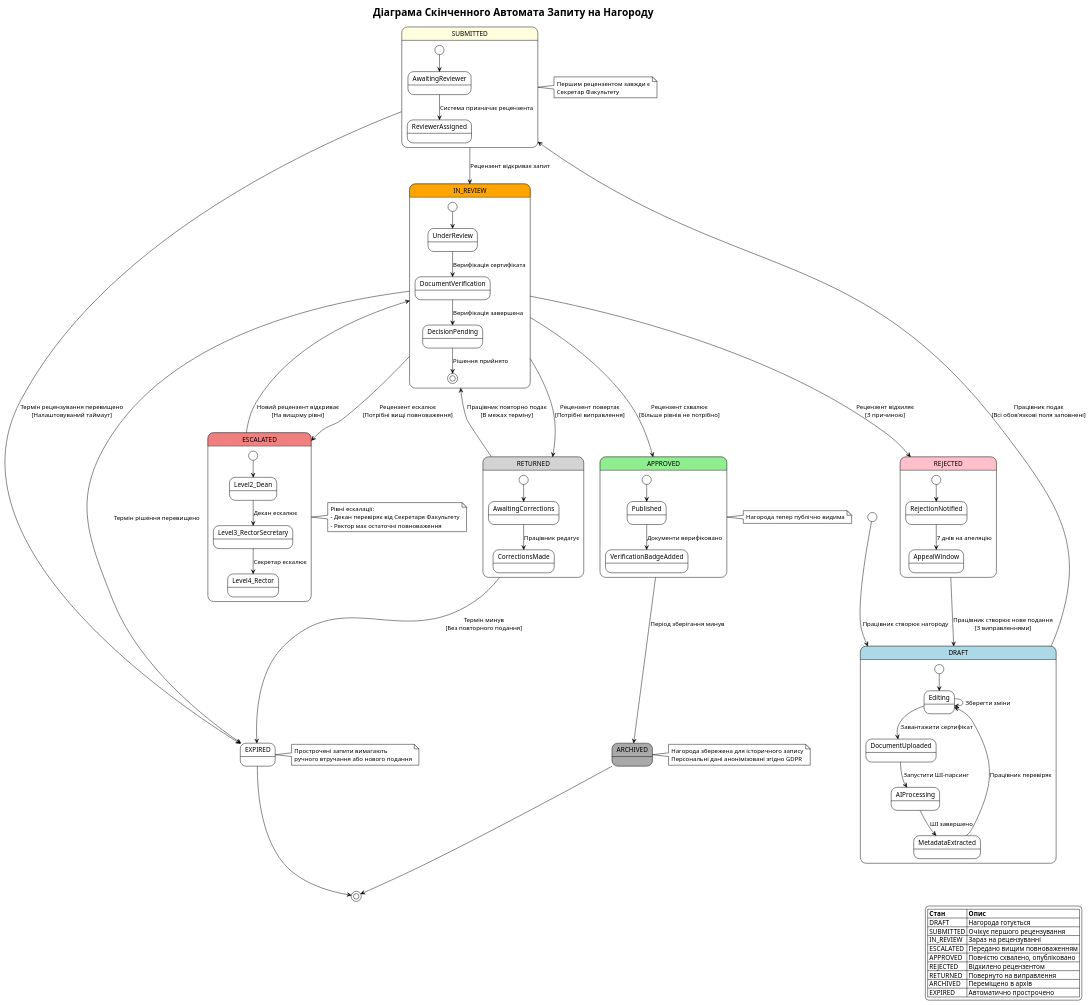
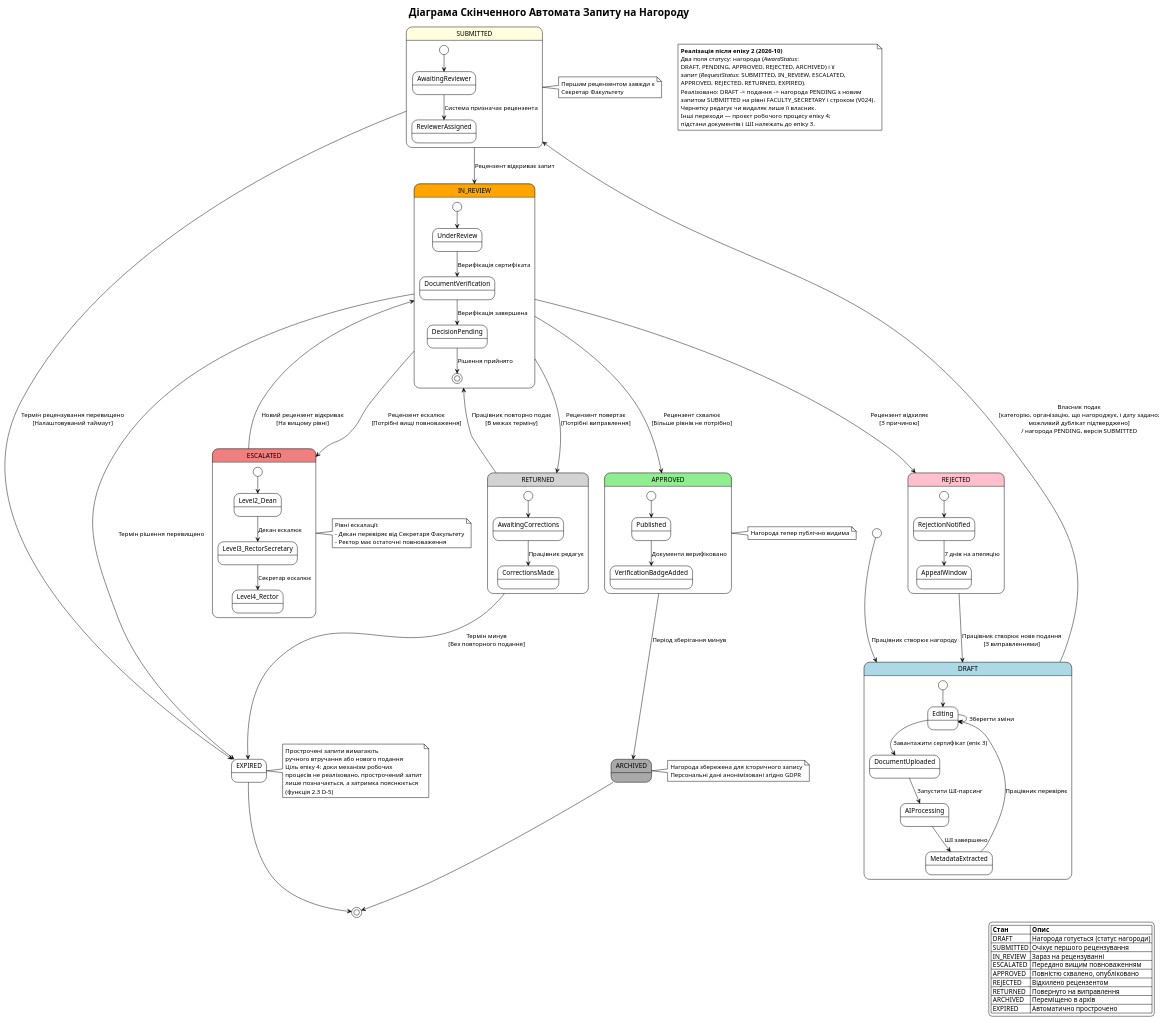
Before and after one commit to StKostyk/award-monitoring-system: the diagram in docs/ua/diagrams/uml/state-machine-award-request.puml, drawn with PlantUML. The commit also changed 34 other files, not shown here.

```diff
--- a/docs/ua/diagrams/uml/state-machine-award-request.puml
+++ b/docs/ua/diagrams/uml/state-machine-award-request.puml
@@ -1,129 +1,146 @@
 @startuml StateMachine_Award_Request_UA
 !theme plain
 skinparam state {
     BackgroundColor<<draft>> LightBlue
     BackgroundColor<<pending>> LightYellow
     BackgroundColor<<review>> Orange
     BackgroundColor<<escalated>> LightCoral
     BackgroundColor<<approved>> LightGreen
     BackgroundColor<<rejected>> Pink
     BackgroundColor<<returned>> LightGray
     BackgroundColor<<archived>> DarkGray
 }
 
 title Діаграма Скінченного Автомата Запиту на Нагороду
 
+note as AsBuilt
+    <b>Реалізація після епіку 2 (2026-10)</b>
+    Два поля статусу: нагорода (<i>AwardStatus</i>:
+    DRAFT, PENDING, APPROVED, REJECTED, ARCHIVED) і її
+    запит (<i>RequestStatus</i>: SUBMITTED, IN_REVIEW, ESCALATED,
+    APPROVED, REJECTED, RETURNED, EXPIRED).
+    Реалізовано: DRAFT -> подання -> нагорода PENDING з новим
+    запитом SUBMITTED на рівні FACULTY_SECRETARY і строком (V024).
+    Чернетку редагує чи видаляє лише її власник.
+    Інші переходи — проєкт робочого процесу епіку 4;
+    підстани документів і ШІ належать до епіку 3.
+end note
+
 [*] --> DRAFT <<draft>> : Працівник створює нагороду
 
 state DRAFT <<draft>> {
     [*] --> Editing
     Editing --> Editing : Зберегти зміни
-    Editing --> DocumentUploaded : Завантажити сертифікат
+    Editing --> DocumentUploaded : Завантажити сертифікат (епік 3)
     DocumentUploaded --> AIProcessing : Запустити ШІ-парсинг
     AIProcessing --> MetadataExtracted : ШІ завершено
     MetadataExtracted --> Editing : Працівник перевіряє
 }
 
-DRAFT --> SUBMITTED <<pending>> : Працівник подає\n[Всі обов'язкові поля заповнені]
+DRAFT --> SUBMITTED <<pending>> : Власник подає\n[категорію, організацію, що нагороджує, і дату задано;\nможливий дублікат підтверджено]\n/ нагорода PENDING, версія SUBMITTED
 
 state SUBMITTED <<pending>> {
     [*] --> AwaitingReviewer
     AwaitingReviewer --> ReviewerAssigned : Система призначає рецензента
 }
 
 note right of SUBMITTED
     Першим рецензентом завжди є
     Секретар Факультету
 end note
 
 SUBMITTED --> IN_REVIEW <<review>> : Рецензент відкриває запит
 
 state IN_REVIEW <<review>> {
     [*] --> UnderReview
     UnderReview --> DocumentVerification : Верифікація сертифіката
     DocumentVerification --> DecisionPending : Верифікація завершена
     DecisionPending --> [*] : Рішення прийнято
 }
 
 IN_REVIEW --> APPROVED <<approved>> : Рецензент схвалює\n[Більше рівнів не потрібно]
 IN_REVIEW --> REJECTED <<rejected>> : Рецензент відхиляє\n[З причиною]
 IN_REVIEW --> ESCALATED <<escalated>> : Рецензент ескалює\n[Потрібні вищі повноваження]
 IN_REVIEW --> RETURNED <<returned>> : Рецензент повертає\n[Потрібні виправлення]
 
 state ESCALATED <<escalated>> {
     [*] --> Level2_Dean
     Level2_Dean --> Level3_RectorSecretary : Декан ескалює
     Level3_RectorSecretary --> Level4_Rector : Секретар ескалює
 }
 
 note right of ESCALATED
     Рівні ескалації:
     - Декан перевіряє від Секретаря Факультету
     - Ректор має остаточні повноваження
 end note
 
 ESCALATED --> IN_REVIEW : Новий рецензент відкриває\n[На вищому рівні]
 
 state RETURNED <<returned>> {
     [*] --> AwaitingCorrections
     AwaitingCorrections --> CorrectionsMade : Працівник редагує
 }
 
 RETURNED --> IN_REVIEW : Працівник повторно подає\n[В межах терміну]
 RETURNED --> EXPIRED : Термін минув\n[Без повторного подання]
 
 state REJECTED <<rejected>> {
     [*] --> RejectionNotified
     RejectionNotified --> AppealWindow : 7 днів на апеляцію
 }
 
 REJECTED --> DRAFT : Працівник створює нове подання\n[З виправленнями]
 
 state APPROVED <<approved>> {
     [*] --> Published
     Published --> VerificationBadgeAdded : Документи верифіковано
 }
 
 note right of APPROVED
     Нагорода тепер публічно видима
 end note
 
 APPROVED --> ARCHIVED <<archived>> : Період зберігання минув
 
 state ARCHIVED <<archived>>
 
 note right of ARCHIVED
     Нагорода збережена для історичного запису
     Персональні дані анонімізовані згідно GDPR
 end note
 
 ARCHIVED --> [*]
 
 ' Переходи з таймаутом
 SUBMITTED --> EXPIRED : Термін рецензування перевищено\n[Налаштовуваний таймаут]
 IN_REVIEW --> EXPIRED : Термін рішення перевищено
 
 state EXPIRED
 
 note right of EXPIRED
     Прострочені запити вимагають
     ручного втручання або нового подання
+    Ціль епіку 4: доки механізм робочих
+    процесів не реалізовано, прострочений запит
+    лише позначається, а затримка пояснюється
+    (функція 2.3 D-5)
 end note
 
 EXPIRED --> [*]
 
 ' Легенда
 legend right
     |= Стан |= Опис |
-    | DRAFT | Нагорода готується |
+    | DRAFT | Нагорода готується (статус нагороди) |
     | SUBMITTED | Очікує першого рецензування |
     | IN_REVIEW | Зараз на рецензуванні |
     | ESCALATED | Передано вищим повноваженням |
     | APPROVED | Повністю схвалено, опубліковано |
     | REJECTED | Відхилено рецензентом |
     | RETURNED | Повернуто на виправлення |
     | ARCHIVED | Переміщено в архів |
     | EXPIRED | Автоматично прострочено |
 endlegend
 
 @enduml
```
